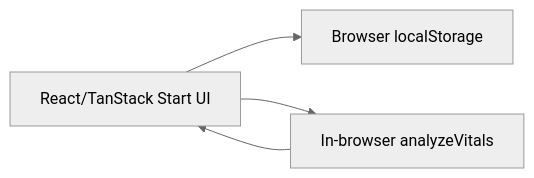
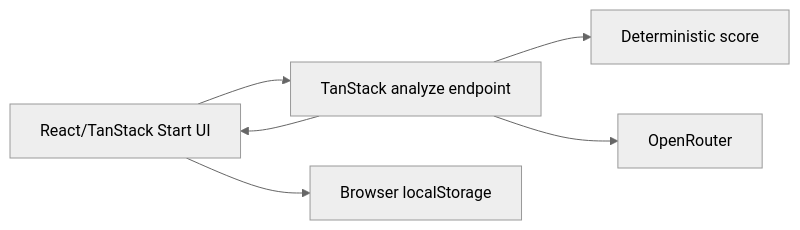
Before and after one commit to kyaw-hlaing-soe-dev/Care-AI: the first of 2 diagrams in specs/02-architecture/system-architecture.md, drawn with Mermaid (neutral theme). The commit also changed other lines of this file and 19 other files, not shown here.

````diff
--- a/specs/02-architecture/system-architecture.md
+++ b/specs/02-architecture/system-architecture.md
@@ -12,6 +12,8 @@
 ```mermaid
 flowchart LR
-  UI[React/TanStack Start UI] --> LS[Browser localStorage]
-  UI --> SCORE[In-browser analyzeVitals]
-  SCORE --> UI
+  UI[React/TanStack Start UI] --> API[TanStack analyze endpoint]
+  API --> SCORE[Deterministic score]
+  API --> OR[OpenRouter]
+  API --> UI
+  UI --> LS[Browser localStorage]
 ```
````
